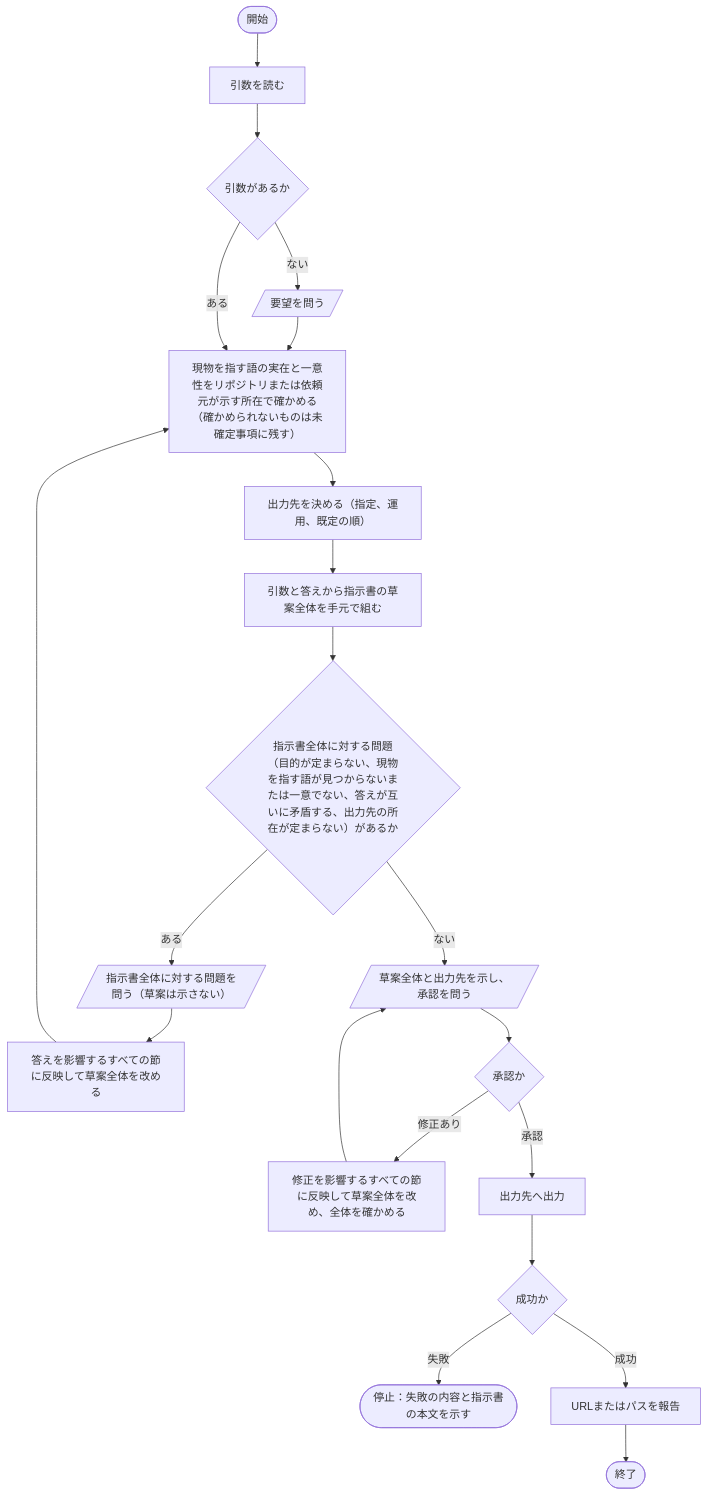
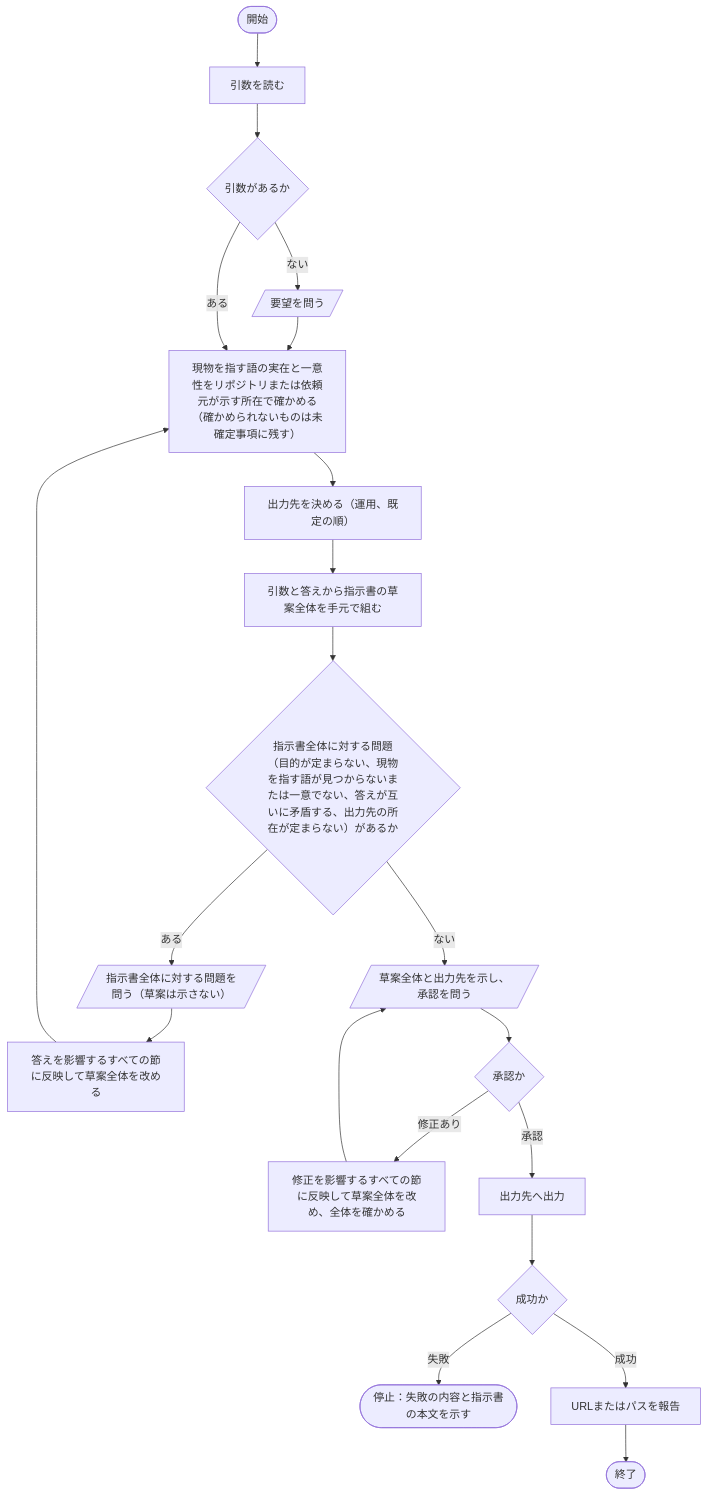
The diagram in docs/design/skills/request.md (bizhermit/hermit-works), drawn with Mermaid before and after one commit. The commit also changed other lines of this file and 3 other files, not shown here.

````diff
--- a/docs/design/skills/request.md
+++ b/docs/design/skills/request.md
@@ -17,23 +18,23 @@
 ```mermaid
 flowchart TD
     S([開始]) --> A1["引数を読む"]
     A1 --> A2{"引数があるか"}
     A2 -- ない --> A3[/"要望を問う"/]
     A3 --> B1
     A2 -- ある --> B1["現物を指す語の実在と一意性をリポジトリまたは依頼元が示す所在で確かめる（確かめられないものは未確定事項に残す）"]
-    B1 --> C1["出力先を決める（指定、運用、既定の順）"]
+    B1 --> C1["出力先を決める（運用、既定の順）"]
     C1 --> D1["引数と答えから指示書の草案全体を手元で組む"]
     D1 --> D2{"指示書全体に対する問題（目的が定まらない、現物を指す語が見つからないまたは一意でない、答えが互いに矛盾する、出力先の所在が定まらない）があるか"}
     D2 -- ある --> D3[/"指示書全体に対する問題を問う（草案は示さない）"/]
     D3 --> D4["答えを影響するすべての節に反映して草案全体を改める"]
     D4 --> B1
     D2 -- ない --> E1[/"草案全体と出力先を示し、承認を問う"/]
     E1 --> E2{"承認か"}
     E2 -- 修正あり --> E3["修正を影響するすべての節に反映して草案全体を改め、全体を確かめる"]
     E3 --> E1
     E2 -- 承認 --> F1["出力先へ出力"]
     F1 --> F2{"成功か"}
     F2 -- 失敗 --> X1(["停止：失敗の内容と指示書の本文を示す"])
     F2 -- 成功 --> F3["URLまたはパスを報告"]
     F3 --> T([終了])
 ```
````
